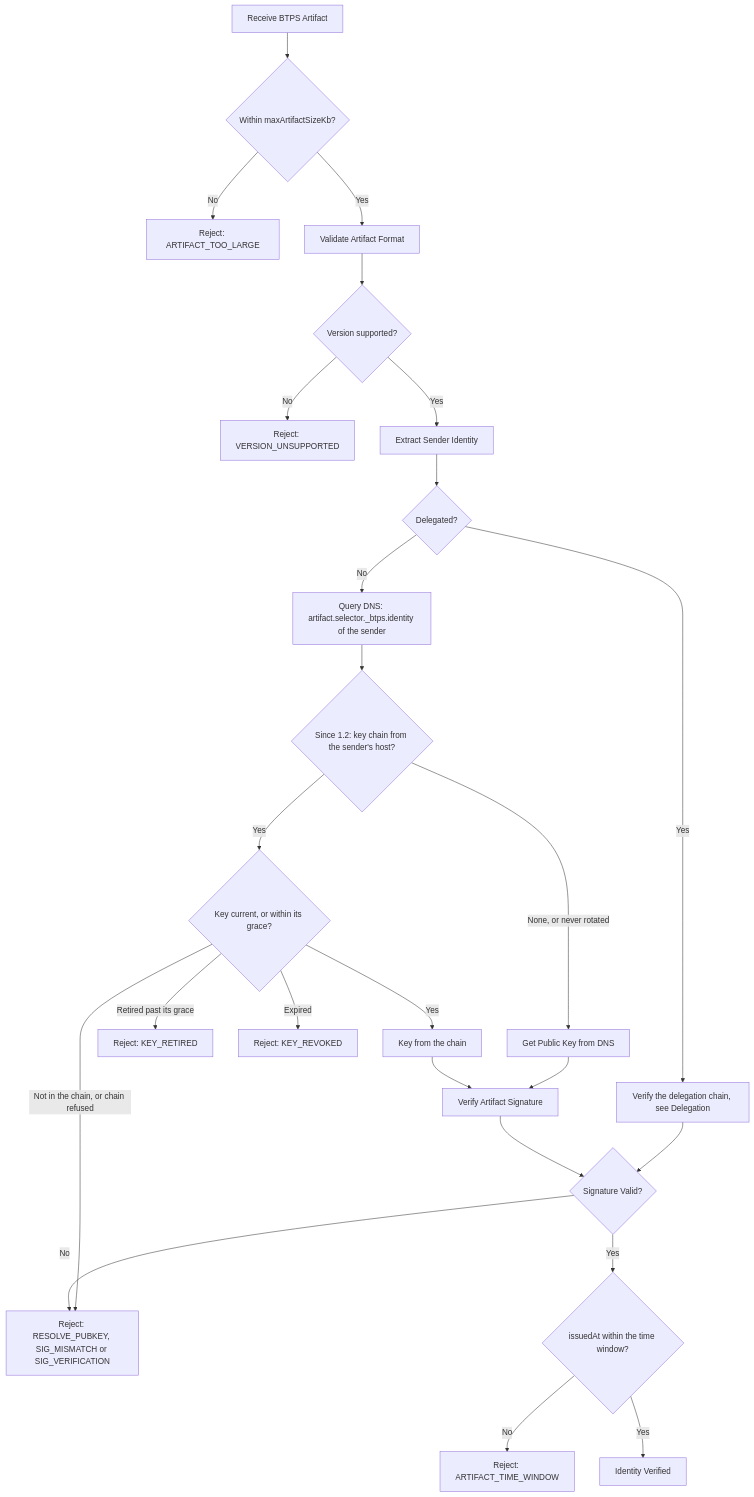
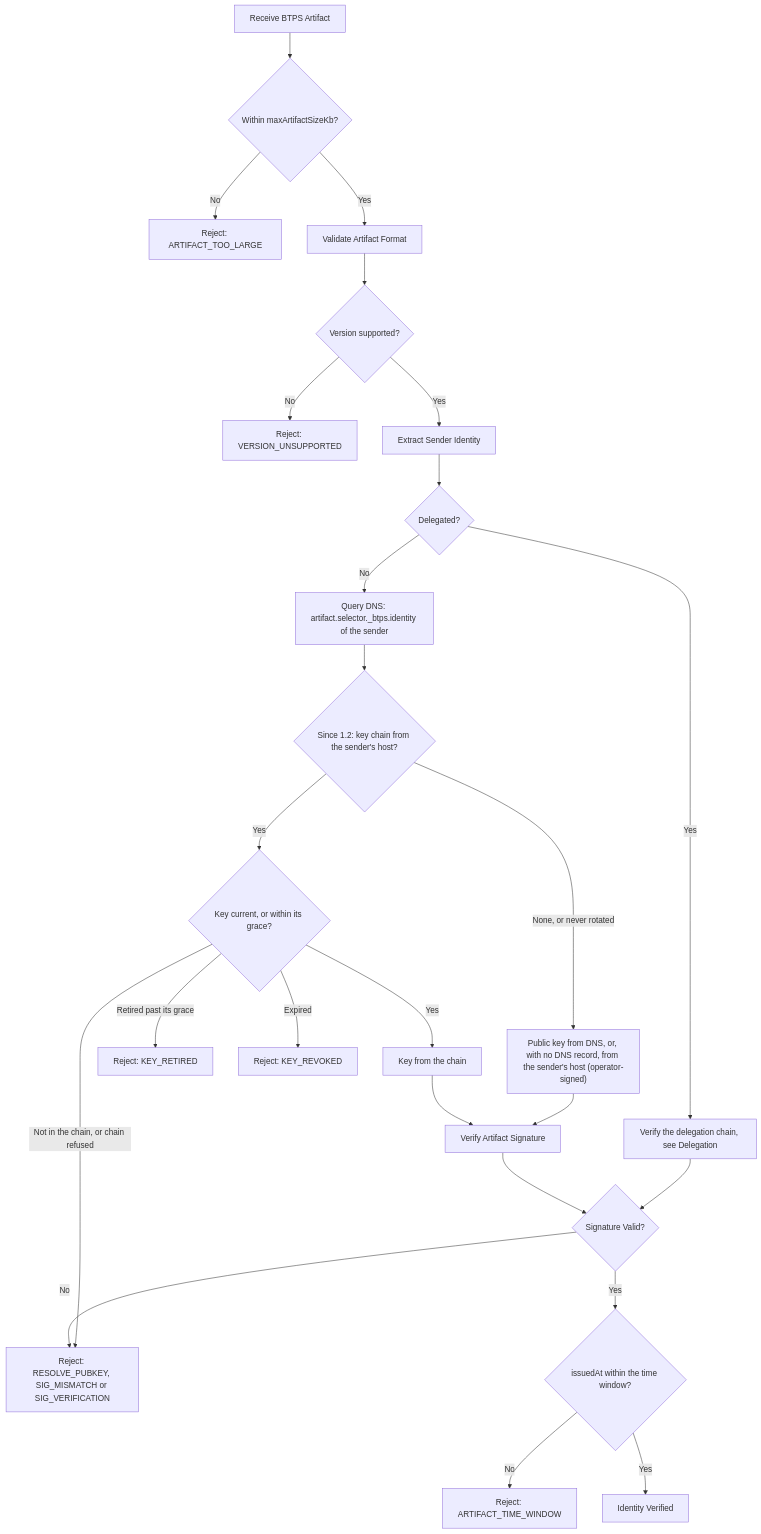
Before and after one commit to openbtps/btps-node: the fifth of 7 diagrams in docs/docusaurus/docs/protocol/messageFlow.md, drawn with Mermaid. The commit also changed 28 other files, not shown here.

Commit message:
Document finding a signature key through the identity's host, and what a device checks

````diff
--- a/docs/docusaurus/docs/protocol/messageFlow.md
+++ b/docs/docusaurus/docs/protocol/messageFlow.md
@@ -272,27 +272,27 @@
 ```mermaid
 graph TD
     A[Receive BTPS Artifact] --> A2{Within maxArtifactSizeKb?}
     A2 -->|No| X1[Reject: ARTIFACT_TOO_LARGE]
     A2 -->|Yes| B[Validate Artifact Format]
     B --> B2{Version supported?}
     B2 -->|No| X2[Reject: VERSION_UNSUPPORTED]
     B2 -->|Yes| C[Extract Sender Identity]
     C --> C2{Delegated?}
     C2 -->|Yes| C3[Verify the delegation chain, see Delegation]
     C2 -->|No| D["Query DNS: artifact.selector._btps.identity of the sender"]
     D --> K{"Since 1.2: key chain from the sender's host?"}
-    K -->|None, or never rotated| E[Get Public Key from DNS]
+    K -->|None, or never rotated| E["Public key from DNS, or, with no DNS record, from the sender's host (operator-signed)"]
     K -->|Yes| KC{Key current, or within its grace?}
     KC -->|Retired past its grace| X4[Reject: KEY_RETIRED]
     KC -->|Expired| X5[Reject: KEY_REVOKED]
     KC -->|Not in the chain, or chain refused| I
     KC -->|Yes| E2[Key from the chain]
     E --> F[Verify Artifact Signature]
     E2 --> F
     C3 --> G
     F --> G{Signature Valid?}
     G -->|No| I[Reject: RESOLVE_PUBKEY, SIG_MISMATCH or SIG_VERIFICATION]
     G -->|Yes| W{issuedAt within the time window?}
     W -->|No| X3[Reject: ARTIFACT_TIME_WINDOW]
     W -->|Yes| H[Identity Verified]
 ```
````
